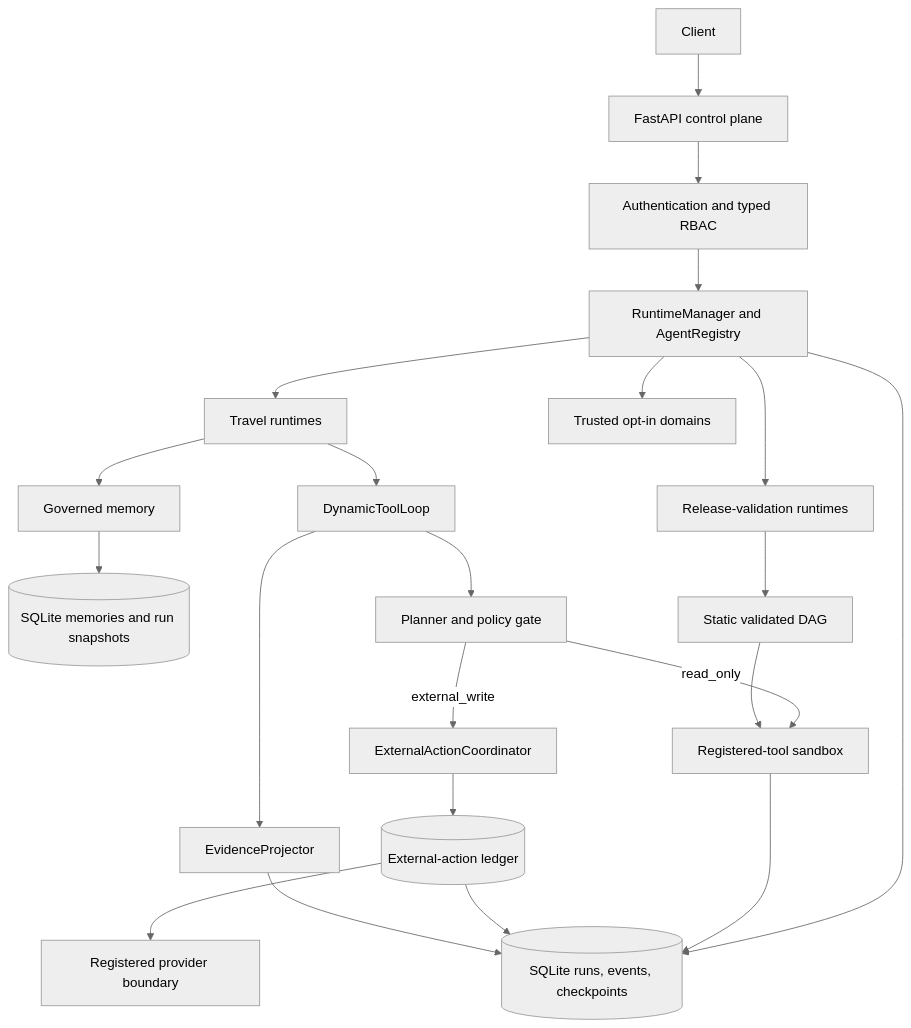
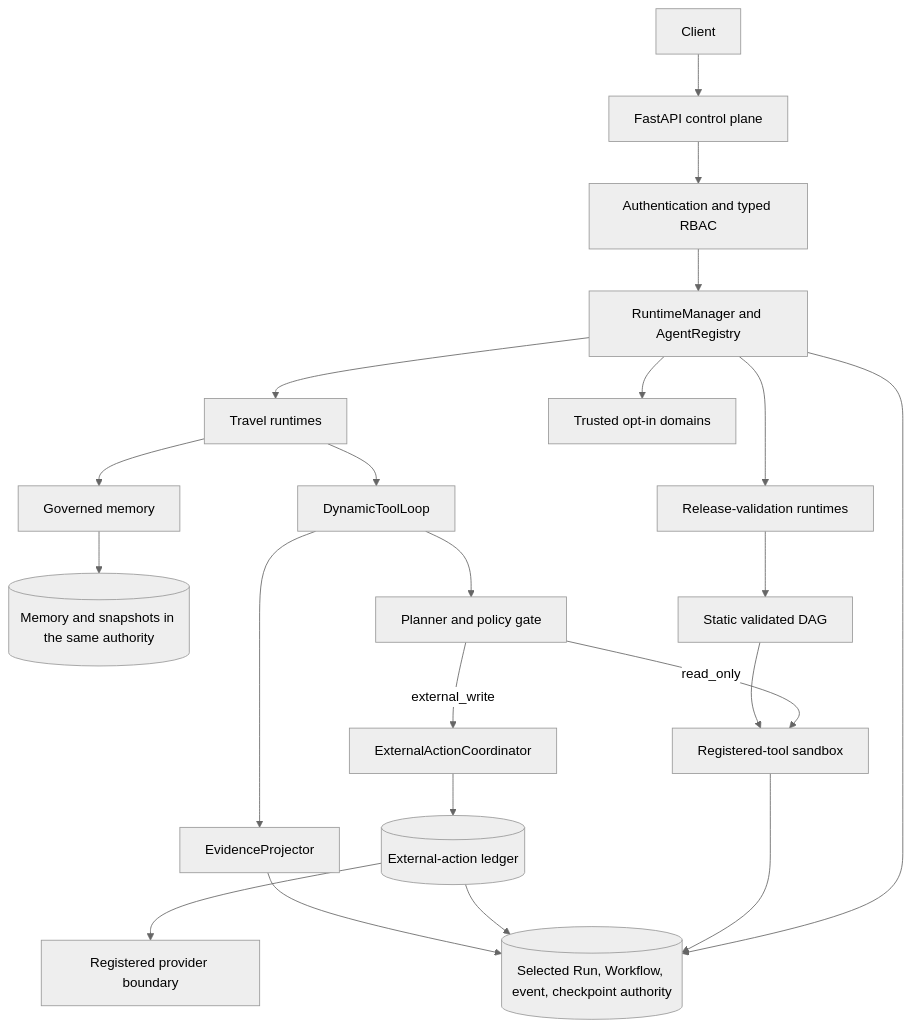
Before and after one commit to YingzuoLiu/agent-runtime-platform: the second of 3 diagrams in README.md, drawn with Mermaid (neutral theme). The commit also changed other lines of this file and 20 other files, not shown here.

````diff
--- a/README.md
+++ b/README.md
@@ -326,24 +349,24 @@
 ```mermaid
 flowchart TB
     C[Client] --> A[FastAPI control plane]
     A --> I[Authentication and typed RBAC]
     I --> M[RuntimeManager and AgentRegistry]
-    M --> S[(SQLite runs, events, checkpoints)]
+    M --> S[(Selected Run, Workflow, event, checkpoint authority)]
     M --> T[Travel runtimes]
     M --> R[Release-validation runtimes]
     M --> U[Trusted opt-in domains]
     T --> X[Governed memory]
-    X --> Q[(SQLite memories and run snapshots)]
+    X --> Q[(Memory and snapshots in the same authority)]
     T --> L[DynamicToolLoop]
     R --> G[Static validated DAG]
     L --> P[Planner and policy gate]
     P -->|read_only| B[Registered-tool sandbox]
     P -->|external_write| EC[ExternalActionCoordinator]
     EC --> E[(External-action ledger)]
     E --> V[Registered provider boundary]
     L --> O[EvidenceProjector]
     G --> B
     B --> S
     E --> S
     O --> S
 ```
````
